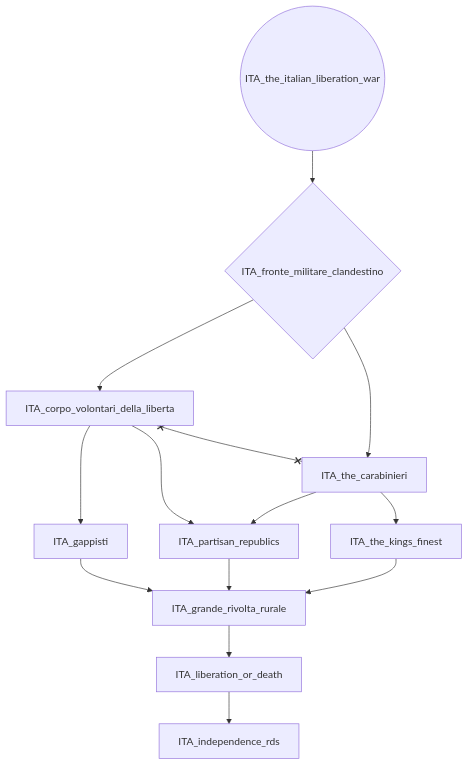
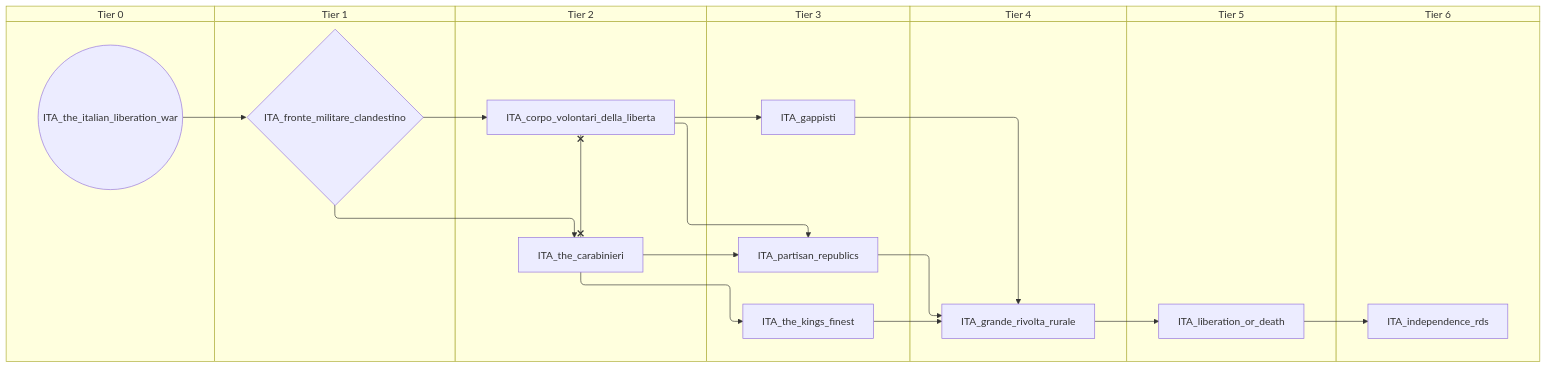
Before and after one commit to evgeny-sobol/hoi4-sandbox-mode: the ninth of 10 diagrams in docs/gdd/National Focuses/italy.md, drawn with Mermaid. The commit also changed other lines of this file and 80 other files, not shown here.

First line of the commit message:
Add swimlane mode to focus graph exporter

````diff
--- a/docs/gdd/National Focuses/italy.md
+++ b/docs/gdd/National Focuses/italy.md
@@ -1850,26 +2006,40 @@
 ```mermaid
-flowchart TD
-    n296["ITA_corpo_volontari_della_liberta"]
-    n297{"ITA_fronte_militare_clandestino"}
-    n298["ITA_gappisti"]
-    n299["ITA_grande_rivolta_rurale"]
-    n300["ITA_independence_rds"]
-    n301["ITA_liberation_or_death"]
-    n302["ITA_partisan_republics"]
-    n303["ITA_the_carabinieri"]
-    n304(("ITA_the_italian_liberation_war"))
-    n305["ITA_the_kings_finest"]
-    n297 --> n296
-    n304 --> n297
-    n296 --> n298
-    n302 --> n299
-    n298 --> n299
-    n305 --> n299
-    n301 --> n300
+swimlane-beta TD
+    subgraph tier_0["Tier 0"]
+        n296(("ITA_the_italian_liberation_war"))
+    end
+    subgraph tier_1["Tier 1"]
+        n297{"ITA_fronte_militare_clandestino"}
+    end
+    subgraph tier_2["Tier 2"]
+        n298["ITA_corpo_volontari_della_liberta"]
+        n299["ITA_the_carabinieri"]
+    end
+    subgraph tier_3["Tier 3"]
+        n300["ITA_gappisti"]
+        n301["ITA_partisan_republics"]
+        n302["ITA_the_kings_finest"]
+    end
+    subgraph tier_4["Tier 4"]
+        n303["ITA_grande_rivolta_rurale"]
+    end
+    subgraph tier_5["Tier 5"]
+        n304["ITA_liberation_or_death"]
+    end
+    subgraph tier_6["Tier 6"]
+        n305["ITA_independence_rds"]
+    end
+    n297 --> n298
+    n296 --> n297
+    n298 --> n300
+    n301 --> n303
+    n300 --> n303
+    n302 --> n303
+    n304 --> n305
+    n303 --> n304
+    n298 --> n301
     n299 --> n301
-    n296 --> n302
-    n303 --> n302
-    n297 --> n303
-    n303 --> n305
-    n296 x--x n303
+    n297 --> n299
+    n299 --> n302
+    n298 x--x n299
 ```
````
